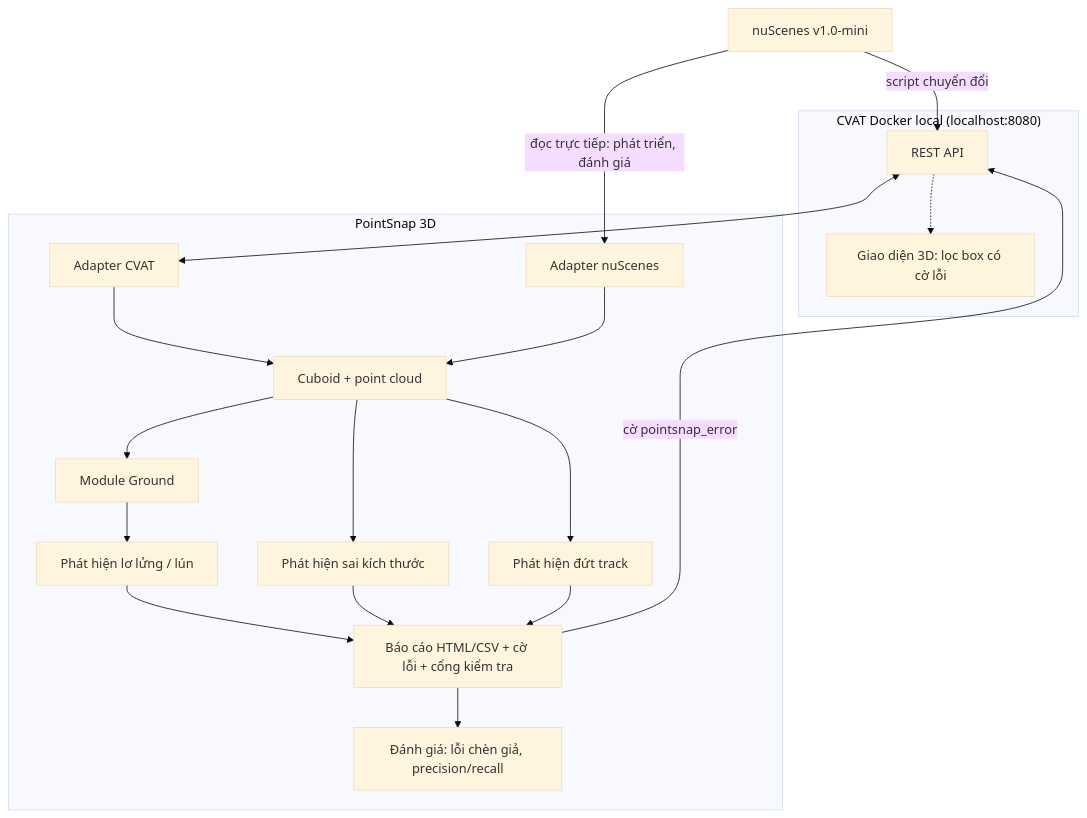
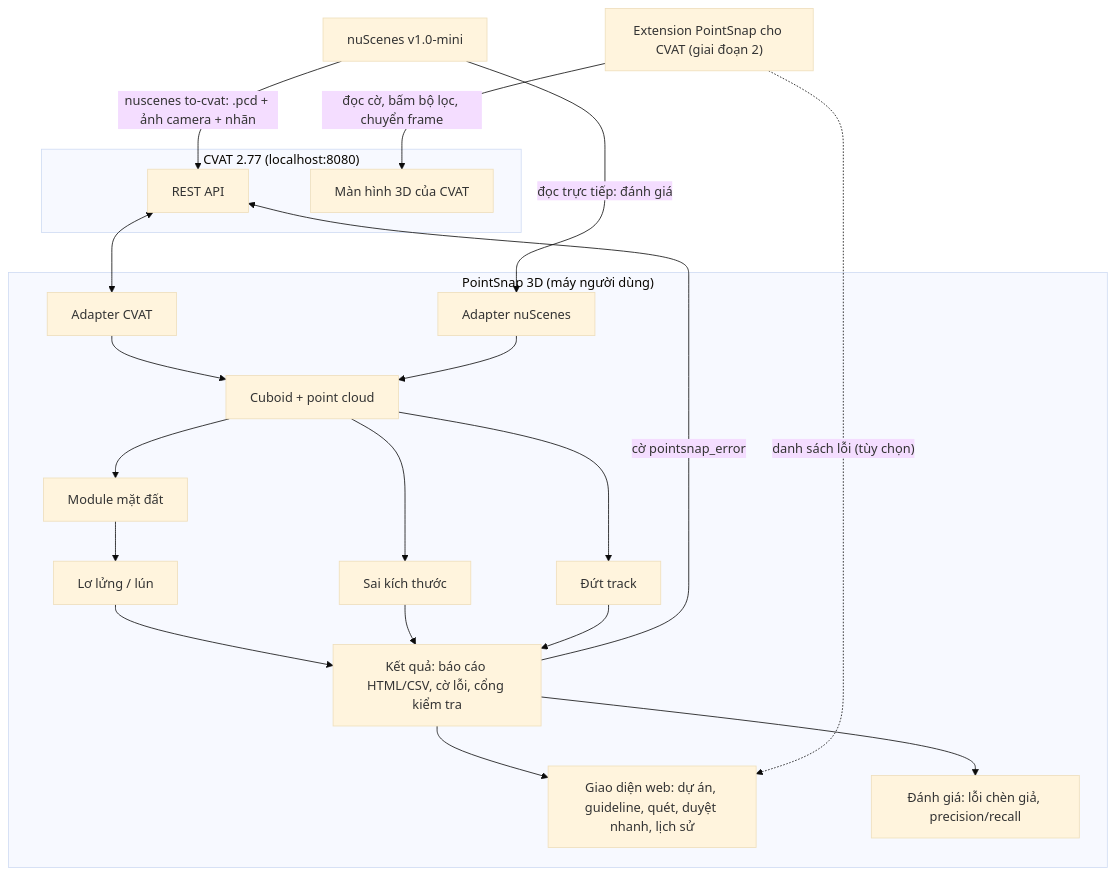
Before and after one commit to BanhKhuc04/P-029-v2: the first of 2 diagrams in source-tool/pointsnap-3d/de-xuat-de-tai.md, drawn with Mermaid (base theme). The commit also changed other lines of this file and 1 other file, not shown here.

First line of the commit message:
docs: Đề xuất bản 2 — cập nhật kết quả giai đoạn 1, thêm giai đoạn 2 và phương án extension cho CVAT

````diff
--- a/source-tool/pointsnap-3d/de-xuat-de-tai.md
+++ b/source-tool/pointsnap-3d/de-xuat-de-tai.md
@@ -146,36 +148,40 @@
 ```mermaid
 flowchart TD
-  NUS["nuScenes v1.0-mini"] -->|"script chuyển đổi"| API
-  NUS -->|"đọc trực tiếp: phát triển, đánh giá"| ANU
+  NUS["nuScenes v1.0-mini"] -->|"nuscenes to-cvat: .pcd + ảnh camera + nhãn"| API
+  NUS -->|"đọc trực tiếp: đánh giá"| ANU
 
-  subgraph CVAT_Local["CVAT Docker local (localhost:8080)"]
+  subgraph CVAT_Local["CVAT 2.77 (localhost:8080)"]
     API["REST API"]
-    UI["Giao diện 3D: lọc box có cờ lỗi"]
+    UI3D["Màn hình 3D của CVAT"]
   end
 
-  subgraph PS["PointSnap 3D"]
+  subgraph PS["PointSnap 3D (máy người dùng)"]
     ACV["Adapter CVAT"]
     ANU["Adapter nuScenes"]
     M["Cuboid + point cloud"]
-    GR["Module Ground"]
-    D1["Phát hiện lơ lửng / lún"]
-    D2["Phát hiện sai kích thước"]
-    D3["Phát hiện đứt track"]
-    REP["Báo cáo HTML/CSV + cờ lỗi + cổng kiểm tra"]
+    GR["Module mặt đất"]
+    D1["Lơ lửng / lún"]
+    D2["Sai kích thước"]
+    D3["Đứt track"]
+    OUT["Kết quả: báo cáo HTML/CSV, cờ lỗi, cổng kiểm tra"]
+    WEB["Giao diện web: dự án, guideline, quét, duyệt nhanh, lịch sử"]
     EV["Đánh giá: lỗi chèn giả, precision/recall"]
   end
+
+  EXT["Extension PointSnap cho CVAT (giai đoạn 2)"]
 
   API <--> ACV
   ACV --> M
   ANU --> M
-  M --> GR
-  GR --> D1
+  M --> GR --> D1
   M --> D2
   M --> D3
-  D1 --> REP
-  D2 --> REP
-  D3 --> REP
-  REP -->|"cờ pointsnap_error"| API
-  API -.-> UI
-  REP --> EV
+  D1 --> OUT
+  D2 --> OUT
+  D3 --> OUT
+  OUT -->|"cờ pointsnap_error"| API
+  OUT --> WEB
+  OUT --> EV
+  EXT -->|"đọc cờ, bấm bộ lọc, chuyển frame"| UI3D
+  EXT -.->|"danh sách lỗi (tùy chọn)"| WEB
 ```
````
